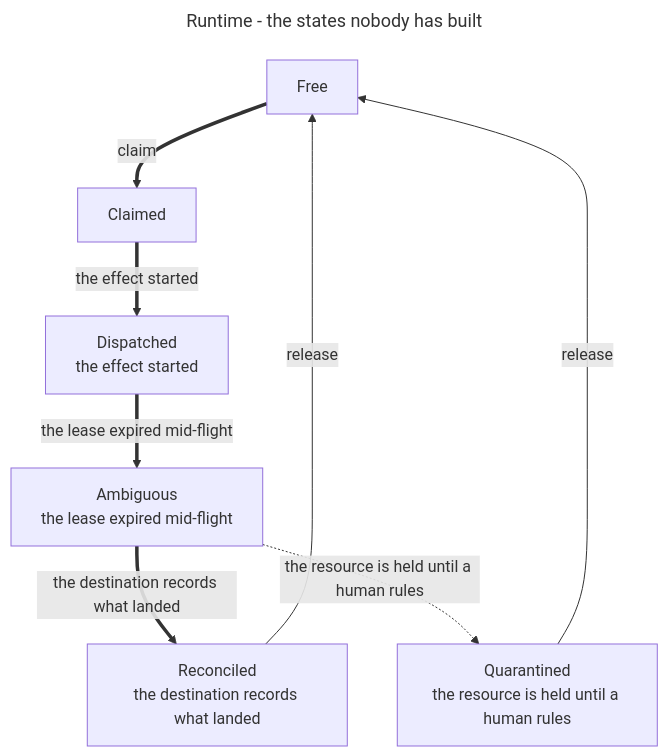
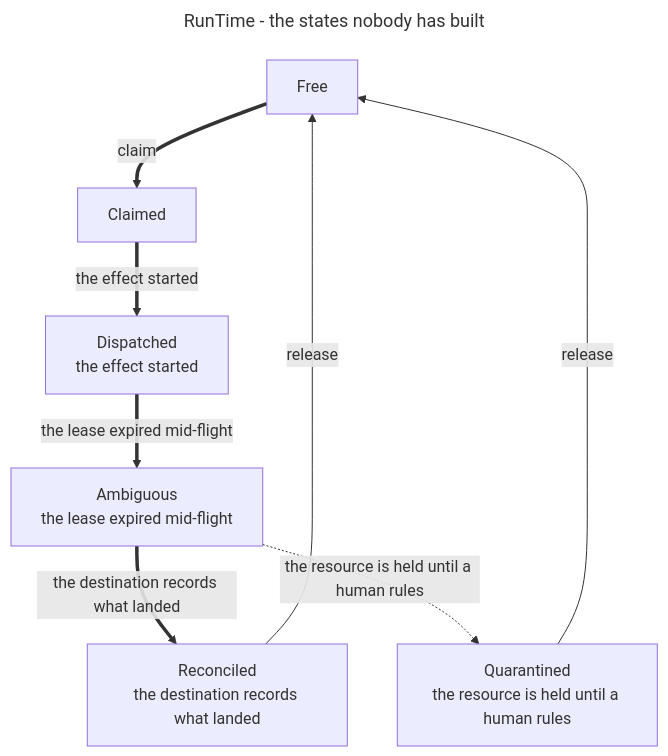
One commit to MergedBeastAgito/Agito changed the diagram in Documentation/Diagram/10-RunTime/Missing.mmd. Above: the diagram before and after it, drawn with Mermaid. The commit also changed 156 other files, not shown here.

```diff
--- a/Documentation/Diagram/10-RunTime/Missing.mmd
+++ b/Documentation/Diagram/10-RunTime/Missing.mmd
@@ -1,19 +1,19 @@
 ---
-title: Runtime - the states nobody has built
+title: RunTime - the states nobody has built
 line9:
   theme: boardroom
 ---
 flowchart TD
   FREE["Free"]:::host
   CLAIMED["Claimed"]:::host
   DISPATCHED["Dispatched<br>the effect started"]:::hook
   AMBIGUOUS["Ambiguous<br>the lease expired mid-flight"]:::hook
   RECONCILED["Reconciled<br>the destination records what landed"]:::hook
   QUARANTINED["Quarantined<br>the resource is held until a human rules"]:::hook
   FREE ==>|"claim"| CLAIMED
   CLAIMED ==>|"the effect started"| DISPATCHED
   DISPATCHED ==>|"the lease expired mid-flight"| AMBIGUOUS
   AMBIGUOUS ==>|"the destination records what landed"| RECONCILED
   AMBIGUOUS -.->|"the resource is held until a human rules"| QUARANTINED
   RECONCILED -->|"release"| FREE
   QUARANTINED -->|"release"| FREE
```
